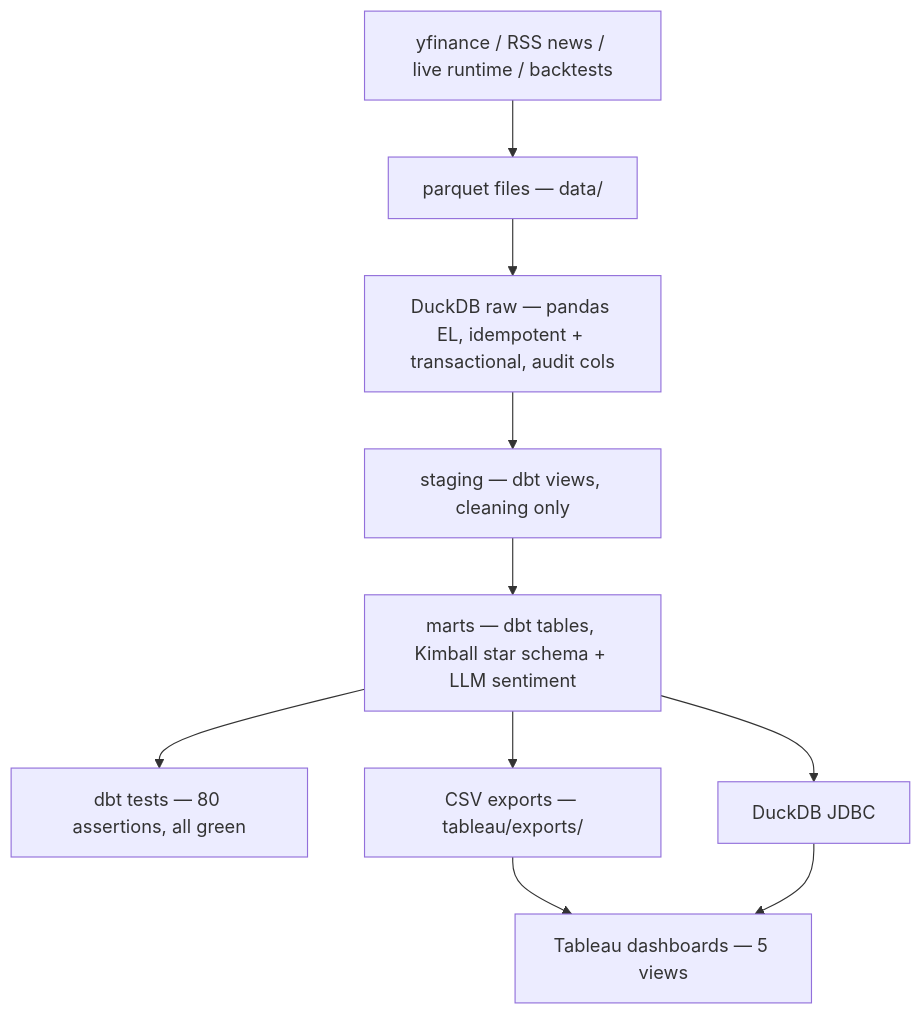
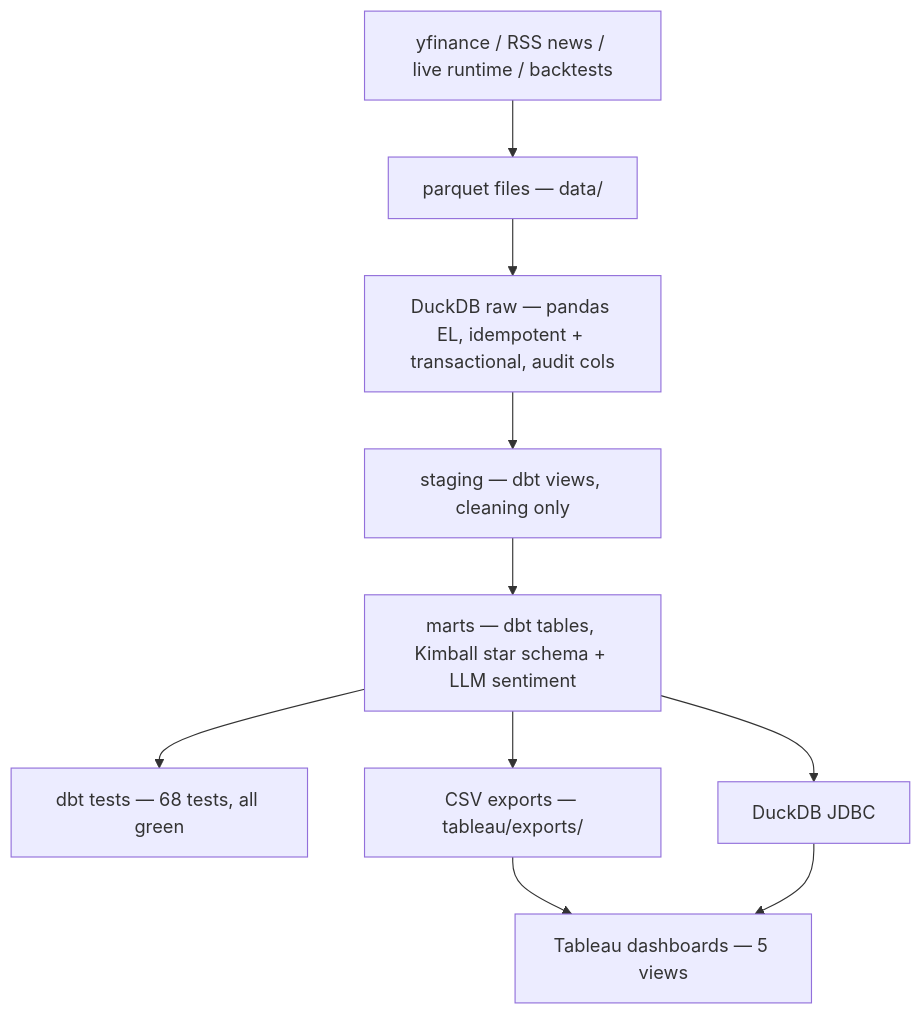
The sixth of 6 diagrams in README.md (C0k11/stock-share-Helper), drawn with Mermaid before and after one commit. The commit also changed other lines of this file, not shown here.

````diff
--- a/README.md
+++ b/README.md
@@ -207,12 +207,12 @@
 ```mermaid
 flowchart TB
     SRC["yfinance / RSS news / live runtime / backtests"] --> PQ["parquet files — data/"]
     PQ --> RAW["DuckDB raw — pandas EL, idempotent + transactional, audit cols"]
     RAW --> STG["staging — dbt views, cleaning only"]
     STG --> MRT["marts — dbt tables, Kimball star schema + LLM sentiment"]
-    MRT --> TST["dbt tests — 80 assertions, all green"]
+    MRT --> TST["dbt tests — 68 tests, all green"]
     MRT --> CSV["CSV exports — tableau/exports/"]
     MRT --> JDBC["DuckDB JDBC"]
     CSV --> TAB["Tableau dashboards — 5 views"]
     JDBC --> TAB
 ```
````
